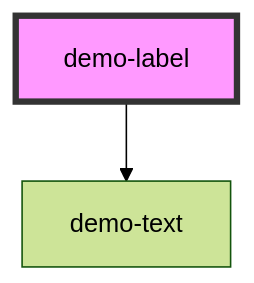
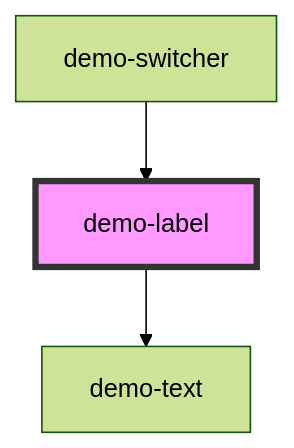
The diagram in architecture/src/components/atoms/demo-label/readme.md (rsurjano/workshop-stencil-storybook-testing), drawn with Mermaid (forest theme) before and after one commit. The commit also changed other lines of this file and 8 other files, not shown here.

````diff
--- a/architecture/src/components/atoms/demo-label/readme.md
+++ b/architecture/src/components/atoms/demo-label/readme.md
@@ -23,5 +27,6 @@
 ```mermaid
 graph TD;
   demo-label --> demo-text
+  demo-switcher --> demo-label
   style demo-label fill:#f9f,stroke:#333,stroke-width:4px
 ```
````
